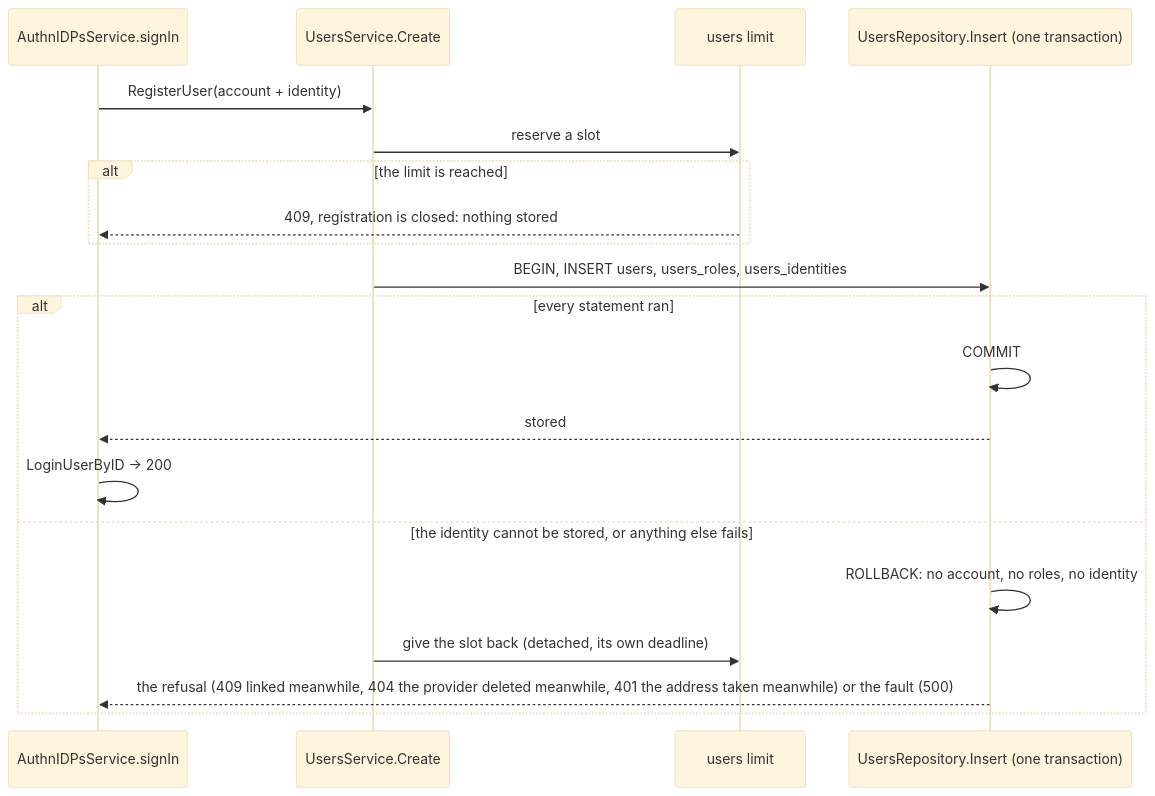
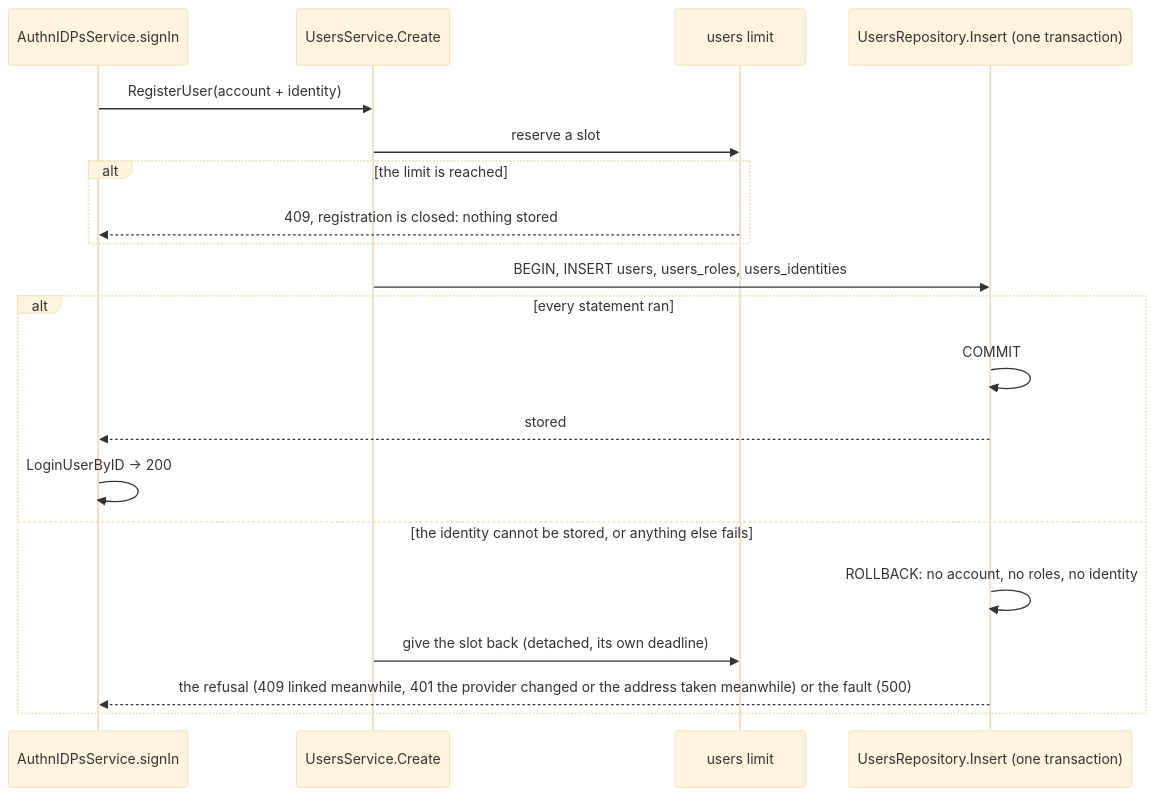
The fourth of 9 diagrams in docs/architecture/identity-providers.md (p2p-b2b/go-rest-api-service-template), drawn with Mermaid (base theme) before and after one commit. The commit also changed other lines of this file and 22 other files, not shown here.

````diff
--- a/docs/architecture/identity-providers.md
+++ b/docs/architecture/identity-providers.md
@@ -223,22 +223,22 @@
 ```mermaid
 sequenceDiagram
     participant U as AuthnIDPsService.signIn
     participant S as UsersService.Create
     participant L as users limit
     participant DB as UsersRepository.Insert (one transaction)
     U->>S: RegisterUser(account + identity)
     S->>L: reserve a slot
     alt the limit is reached
         L-->>U: 409, registration is closed: nothing stored
     end
     S->>DB: BEGIN, INSERT users, users_roles, users_identities
     alt every statement ran
         DB->>DB: COMMIT
         DB-->>U: stored
         U->>U: LoginUserByID → 200
     else the identity cannot be stored, or anything else fails
         DB->>DB: ROLLBACK: no account, no roles, no identity
         S->>L: give the slot back (detached, its own deadline)
-        DB-->>U: the refusal (409 linked meanwhile, 404 the provider deleted meanwhile, 401 the address taken meanwhile) or the fault (500)
+        DB-->>U: the refusal (409 linked meanwhile, 401 the provider changed or the address taken meanwhile) or the fault (500)
     end
 ```
````
